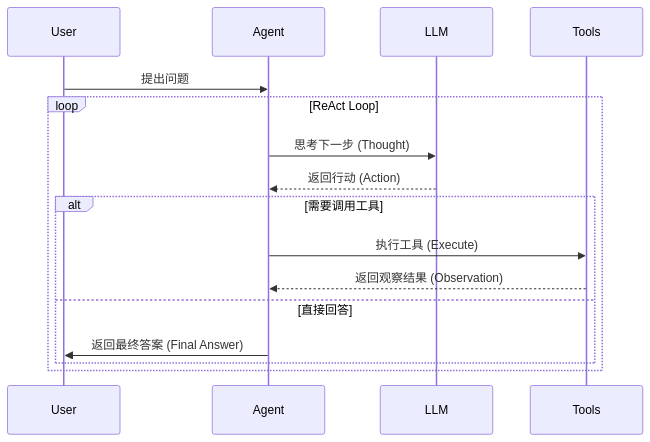
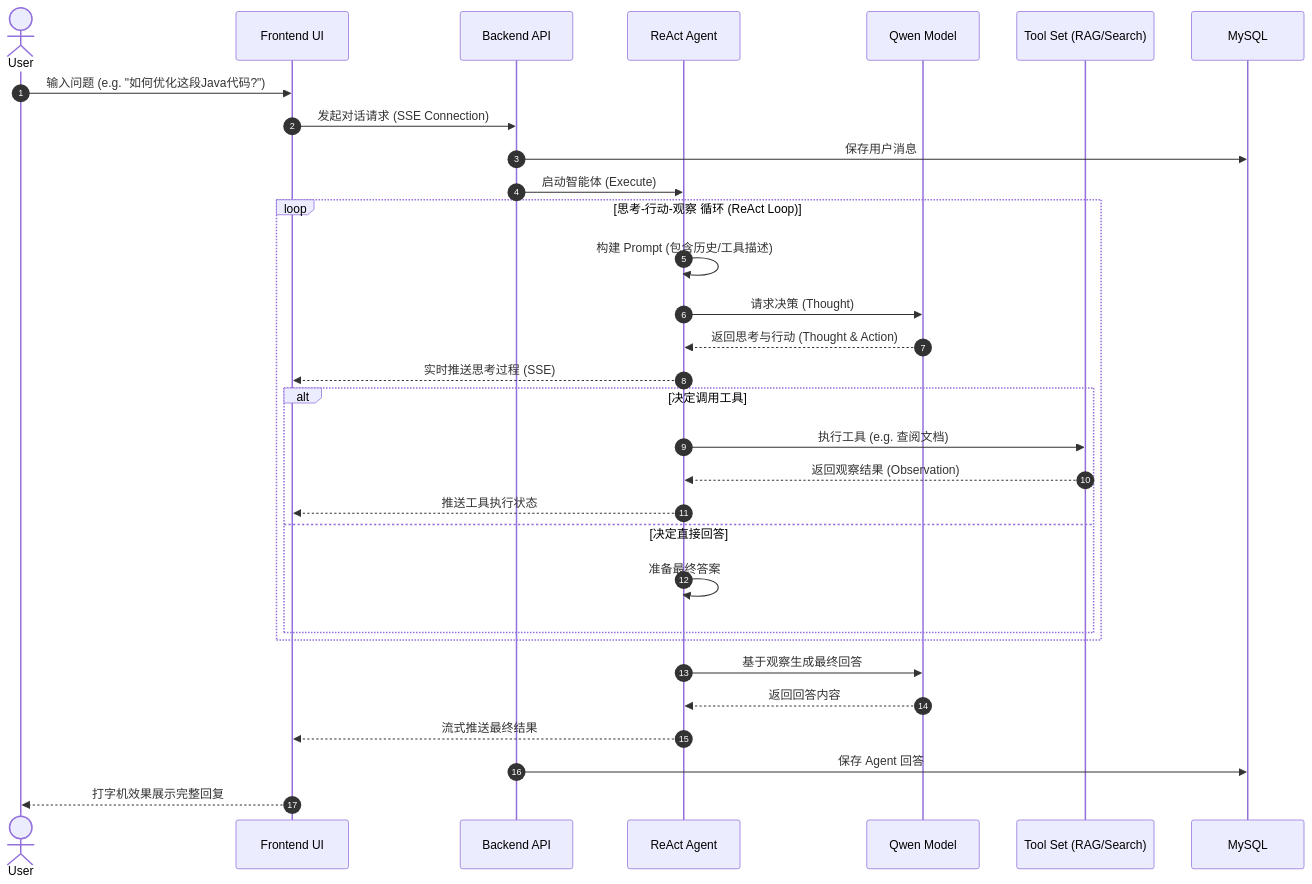
One commit to EagerBaldy/AI-Agent changed the second of 2 diagrams in README.md. Above: the diagram before and after it, drawn with Mermaid. The commit also changed other lines of this file, not shown here.

Commit message:
Docs_Enhance_architecture_diagrams_in_README

````diff
--- a/README.md
+++ b/README.md
@@ -135,19 +163,38 @@
 ```mermaid
 sequenceDiagram
-    participant User
-    participant Agent
-    participant LLM
-    participant Tools
+    autonumber
+    actor User
+    participant FE as Frontend UI
+    participant Backend as Backend API
+    participant Agent as ReAct Agent
+    participant LLM as Qwen Model
+    participant Tools as Tool Set (RAG/Search)
+    participant DB as MySQL
+
+    User->>FE: 输入问题 (e.g. "如何优化这段Java代码?")
+    FE->>Backend: 发起对话请求 (SSE Connection)
+    Backend->>DB: 保存用户消息
+    Backend->>Agent: 启动智能体 (Execute)
     
-    User->>Agent: 提出问题
-    loop ReAct Loop
-        Agent->>LLM: 思考下一步 (Thought)
-        LLM-->>Agent: 返回行动 (Action)
-        alt 需要调用工具
-            Agent->>Tools: 执行工具 (Execute)
+    loop 思考-行动-观察 循环 (ReAct Loop)
+        Agent->>Agent: 构建 Prompt (包含历史/工具描述)
+        Agent->>LLM: 请求决策 (Thought)
+        LLM-->>Agent: 返回思考与行动 (Thought & Action)
+        
+        Agent-->>FE: 实时推送思考过程 (SSE)
+        
+        alt 决定调用工具
+            Agent->>Tools: 执行工具 (e.g. 查阅文档)
             Tools-->>Agent: 返回观察结果 (Observation)
-        else 直接回答
-            Agent->>User: 返回最终答案 (Final Answer)
+            Agent-->>FE: 推送工具执行状态
+        else 决定直接回答
+            Agent->>Agent: 准备最终答案
         end
     end
+    
+    Agent->>LLM: 基于观察生成最终回答
+    LLM-->>Agent: 返回回答内容
+    Agent-->>FE: 流式推送最终结果
+    Backend->>DB: 保存 Agent 回答
+    FE-->>User: 打字机效果展示完整回复
 ```
````
